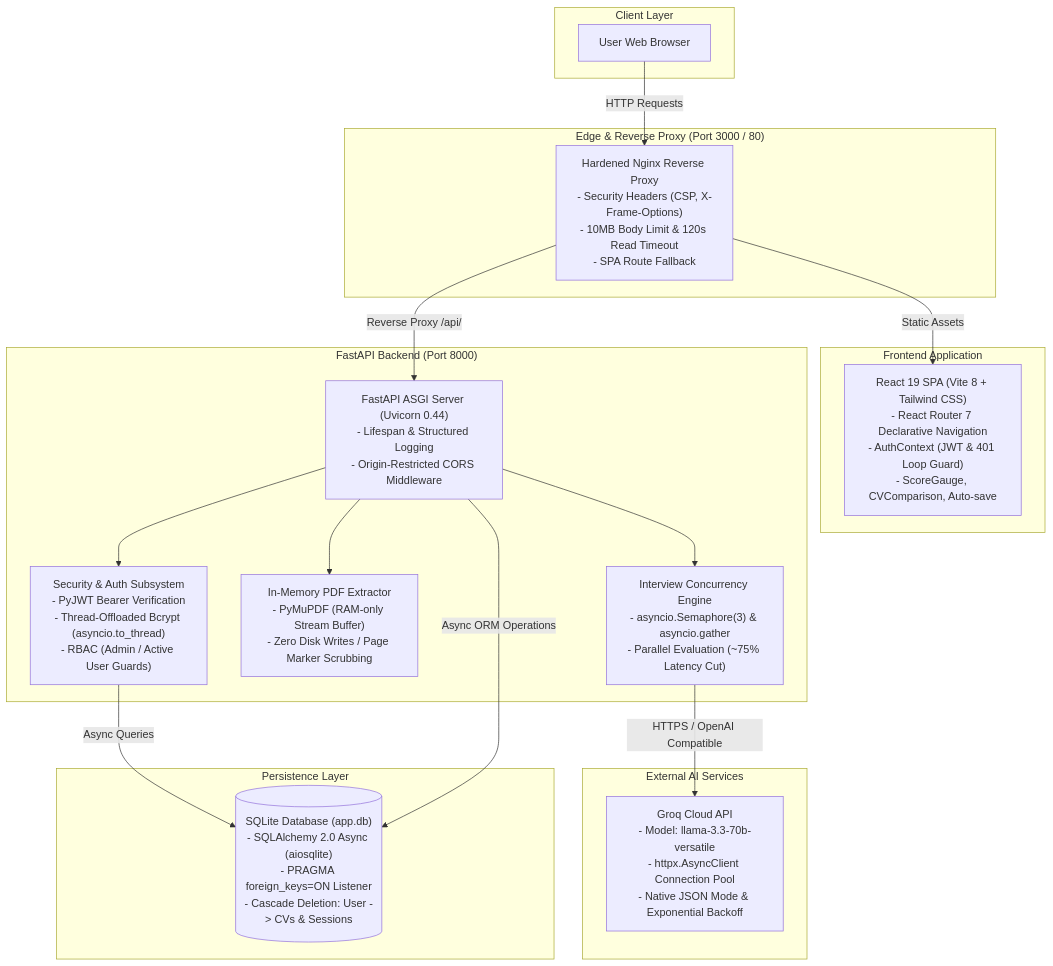
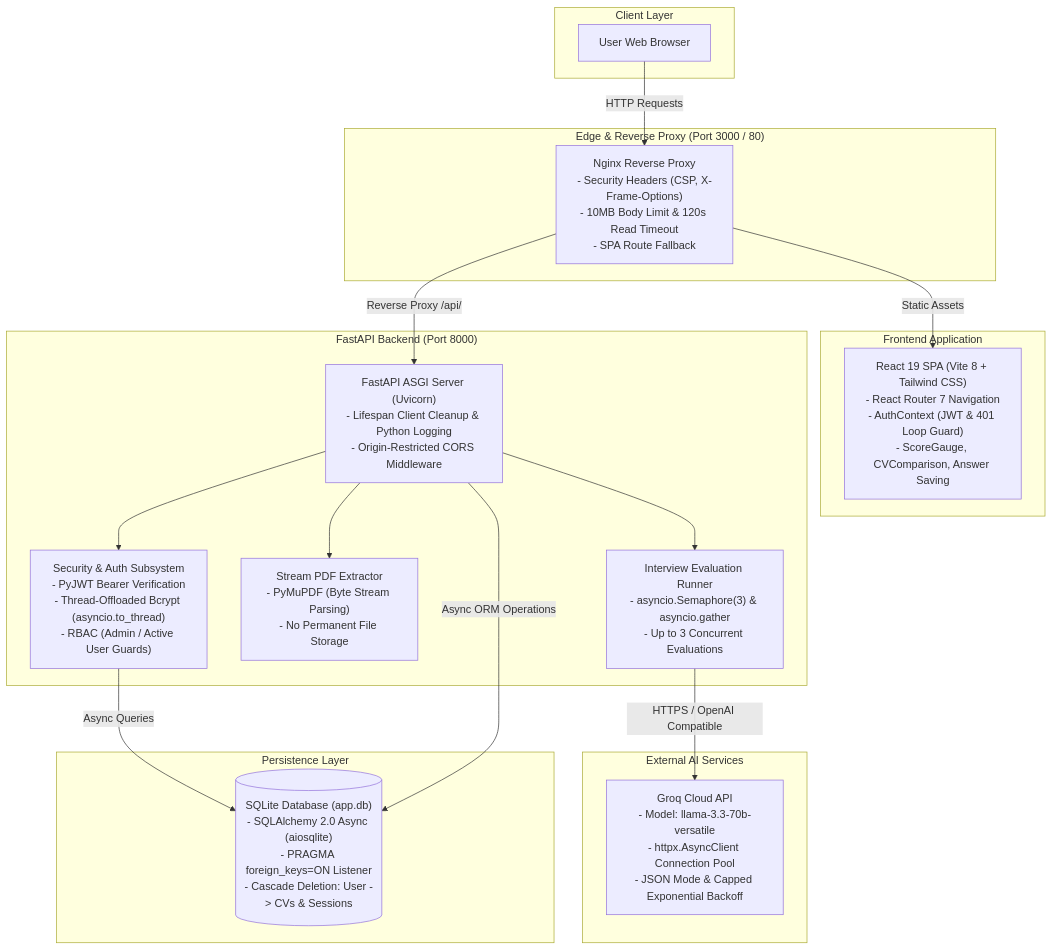
One commit to Danx-T/CareerAI changed the diagram in README.md. Above: the diagram before and after it, drawn with Mermaid. The commit also changed other lines of this file and 13 other files, not shown here.

````diff
--- a/README.md
+++ b/README.md
@@ -94,39 +92,39 @@
 ```mermaid
 flowchart TD
     subgraph Client ["Client Layer"]
         UserBrowser["User Web Browser"]
     end
 
     subgraph ReverseProxy ["Edge & Reverse Proxy (Port 3000 / 80)"]
-        NginxProxy["Hardened Nginx Reverse Proxy\n- Security Headers (CSP, X-Frame-Options)\n- 10MB Body Limit & 120s Read Timeout\n- SPA Route Fallback"]
+        NginxProxy["Nginx Reverse Proxy\n- Security Headers (CSP, X-Frame-Options)\n- 10MB Body Limit & 120s Read Timeout\n- SPA Route Fallback"]
     end
 
     subgraph FrontendApp ["Frontend Application"]
-        ReactApp["React 19 SPA (Vite 8 + Tailwind CSS)\n- React Router 7 Declarative Navigation\n- AuthContext (JWT & 401 Loop Guard)\n- ScoreGauge, CVComparison, Auto-save"]
+        ReactApp["React 19 SPA (Vite 8 + Tailwind CSS)\n- React Router 7 Navigation\n- AuthContext (JWT & 401 Loop Guard)\n- ScoreGauge, CVComparison, Answer Saving"]
     end
 
     subgraph BackendApp ["FastAPI Backend (Port 8000)"]
-        FastAPIServer["FastAPI ASGI Server (Uvicorn 0.44)\n- Lifespan & Structured Logging\n- Origin-Restricted CORS Middleware"]
+        FastAPIServer["FastAPI ASGI Server (Uvicorn)\n- Lifespan Client Cleanup & Python Logging\n- Origin-Restricted CORS Middleware"]
         SecurityModule["Security & Auth Subsystem\n- PyJWT Bearer Verification\n- Thread-Offloaded Bcrypt (asyncio.to_thread)\n- RBAC (Admin / Active User Guards)"]
-        PDFProcessor["In-Memory PDF Extractor\n- PyMuPDF (RAM-only Stream Buffer)\n- Zero Disk Writes / Page Marker Scrubbing"]
-        EvalEngine["Interview Concurrency Engine\n- asyncio.Semaphore(3) & asyncio.gather\n- Parallel Evaluation (~75% Latency Cut)"]
+        PDFProcessor["Stream PDF Extractor\n- PyMuPDF (Byte Stream Parsing)\n- No Permanent File Storage"]
+        EvalEngine["Interview Evaluation Runner\n- asyncio.Semaphore(3) & asyncio.gather\n- Up to 3 Concurrent Evaluations"]
     end
 
     subgraph ExternalCloud ["External AI Services"]
-        GroqCloud["Groq Cloud API\n- Model: llama-3.3-70b-versatile\n- httpx.AsyncClient Connection Pool\n- Native JSON Mode & Exponential Backoff"]
+        GroqCloud["Groq Cloud API\n- Model: llama-3.3-70b-versatile\n- httpx.AsyncClient Connection Pool\n- JSON Mode & Capped Exponential Backoff"]
     end
 
     subgraph DataPersistence ["Persistence Layer"]
         DatabaseEngine[("SQLite Database (app.db)\n- SQLAlchemy 2.0 Async (aiosqlite)\n- PRAGMA foreign_keys=ON Listener\n- Cascade Deletion: User -> CVs & Sessions")]
     end
 
     UserBrowser -->|HTTP Requests| NginxProxy
     NginxProxy -->|Static Assets| ReactApp
     NginxProxy -->|Reverse Proxy /api/| FastAPIServer
     FastAPIServer --> SecurityModule
     FastAPIServer --> PDFProcessor
     FastAPIServer --> EvalEngine
     EvalEngine -->|HTTPS / OpenAI Compatible| GroqCloud
     SecurityModule -->|Async Queries| DatabaseEngine
     FastAPIServer -->|Async ORM Operations| DatabaseEngine
 ```
````
